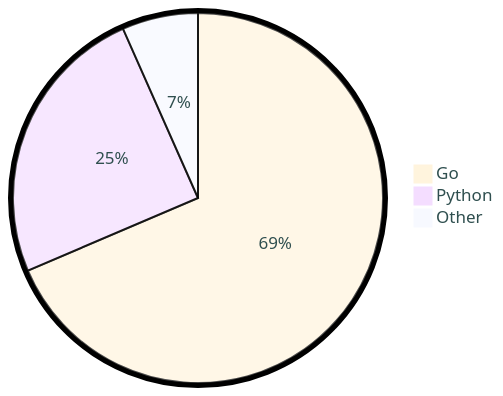
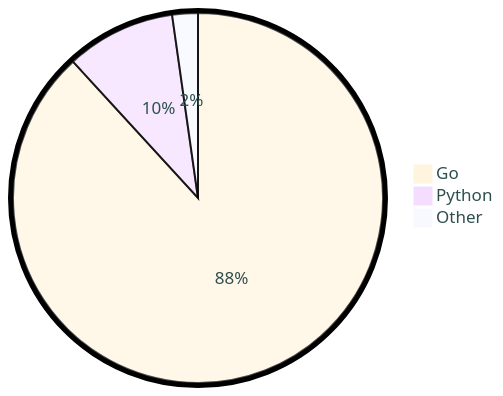
Before and after one commit to tot0p/tot0p: the diagram in README.md, drawn with Mermaid. The commit also changed other lines of this file, not shown here.

````diff
--- a/README.md
+++ b/README.md
@@ -74,7 +74,7 @@
 ```mermaid
 %%{init: {"pie": {"textPosition": 0.5}, "themeVariables": {"pieOuterStrokeWidth": "5px","primaryTextColor" : "#2F4F4F"},"theme":"base"} }%%
 pie
-	"Go": 68.58
-	"Python": 24.78
-	"Other": 6.64
+	"Go": 88.19
+	"Python": 9.57
+	"Other": 2.24
 ```
````
